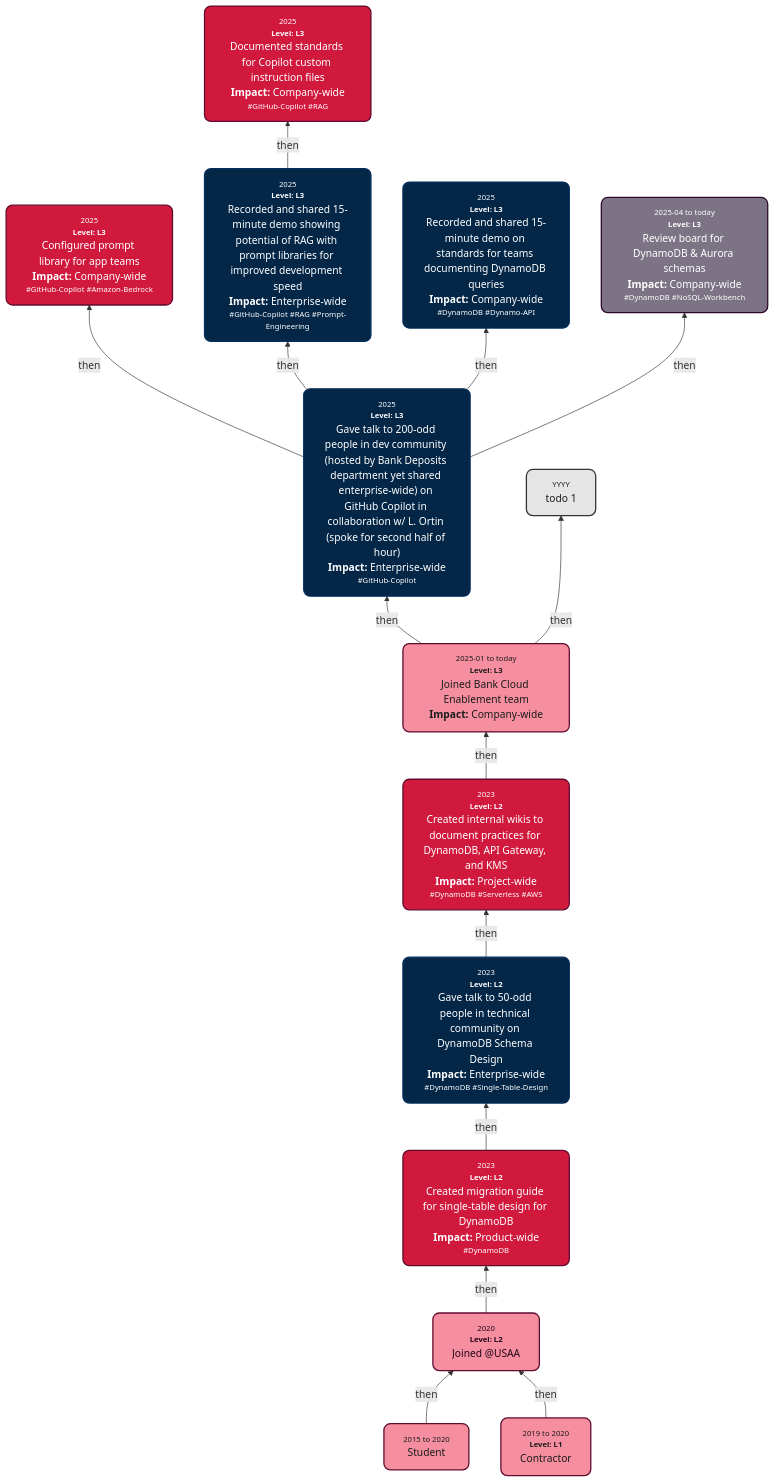
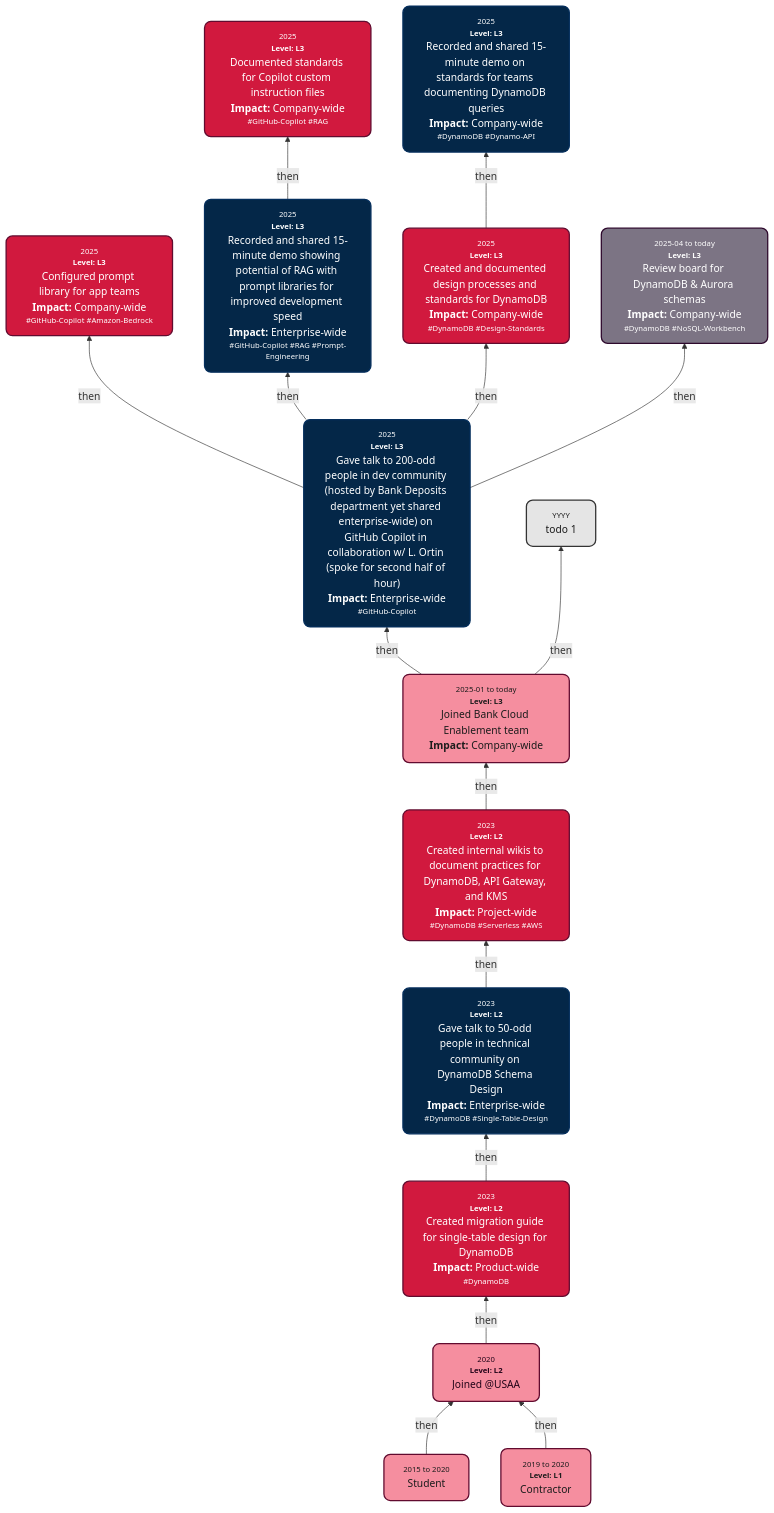
Before and after one commit to s-sepanski/portfolio: the diagram in README.md, drawn with Mermaid.

Commit message:
task: new node

````diff
--- a/README.md
+++ b/README.md
@@ -39,32 +39,34 @@
 ```mermaid
 graph BT
     PreStudentNode["<div style='font-size:75%;  color:#848484; text-align:center;'>2015 to 2020</div>Student"] -->|then| A["<div style='font-size:75%; color:#848484; text-align:center;'>2020</div><div style='font-size:75%; color:#848484; text-align:center;'><b>Level: L2</b><br/></div>Joined @USAA<br>"]
     ContractorNode["<div style='font-size:75%; color:#848484; text-align:center;'>2019 to 2020</div><div style='font-size:75%; color:#848484; text-align:center;'><b>Level: L1</b></div>Contractor"] -->|then| A
     A -->|then| Creation1["<div style='font-size:75%; color:#848484; text-align:center;'>2023</div><div style='font-size:75%; color:#848484; text-align:center;'><b>Level: L2</b><br/></div>Created migration guide for single-table design for DynamoDB<br/><b>Impact: </b>Product-wide<div style='font-size:75%; color:#848484; text-align:center;'>#DynamoDB<br/></div>"]
     Creation1 -->|then| Chat["<div style='font-size:75%; color:#848484; text-align:center;'>2023</div><div style='font-size:75%; color:#848484; text-align:center;'><b>Level: L2</b><br/></div>Gave talk to 50-odd people in technical community on DynamoDB Schema Design<br/><b>Impact: </b>Enterprise-wide<div style='font-size:75%; color:#848484; text-align:center;'>#DynamoDB #Single-Table-Design<br/></div>"]
     Chat -->|then| Creation2["<div style='font-size:75%; color:#848484; text-align:center;'>2023</div><div style='font-size:75%; color:#848484; text-align:center;'><b>Level: L2</b><br/></div>Created internal wikis to document practices for DynamoDB, API Gateway, and KMS<br/><b>Impact: </b>Project-wide<div style='font-size:75%; color:#848484; text-align:center;'>#DynamoDB #Serverless #AWS<br/></div>"]
     Creation2 -->|then| B["<div style='font-size:75%; color:#848484; text-align:center;'>2025-01 to today</div><div style='font-size:75%; color:#848484; text-align:center;'><b>Level: L3</b><br/></div>Joined Bank Cloud Enablement team<br/><b>Impact: </b>Company-wide"]
     B -->|then| C["<div style='font-size:75%; color:#848484; text-align:center;'>2025</div><div style='font-size:75%; color:#848484; text-align:center;'><b>Level: L3</b><br/></div>Gave talk to 200-odd people in dev community (hosted by Bank Deposits department yet shared enterprise-wide) on GitHub Copilot in collaboration w/ L. Ortin (spoke for second half of hour)<br/><b>Impact: </b>Enterprise-wide<div style='font-size:75%; color:#848484; text-align:center;'>#GitHub-Copilot<br/></div>"]
     C -->|then| CreationPromptLib["<div style='font-size:75%; color:#848484; text-align:center;'>2025</div><div style='font-size:75%; color:#848484; text-align:center;'><b>Level: L3</b><br/></div>Configured prompt library for app teams<br/><b>Impact: </b>Company-wide<div style='font-size:75%; color:#848484; text-align:center;'>#GitHub-Copilot #Amazon-Bedrock<br/></div>"]
     C -->|then| D["<div style='font-size:75%; color:#848484; text-align:center;'>2025</div><div style='font-size:75%; color:#848484; text-align:center;'><b>Level: L3</b><br/></div>Recorded and shared 15-minute demo showing potential of RAG with prompt libraries for improved development speed<br/><b>Impact: </b>Enterprise-wide<div style='font-size:75%; color:#848484; text-align:center;'>#GitHub-Copilot #RAG #Prompt-Engineering<br/></div>"]
-    C -->|then| Chat2["<div style='font-size:75%; color:#848484; text-align:center;'>2025</div><div style='font-size:75%; color:#848484; text-align:center;'><b>Level: L3</b><br/></div>Recorded and shared 15-minute demo on standards for teams documenting DynamoDB queries<br/><b>Impact: </b>Company-wide<div style='font-size:75%; color:#848484; text-align:center;'>#DynamoDB #Dynamo-API<br/></div>"]
+    C -->|then| CreationDesign["<div style='font-size:75%; color:#848484; text-align:center;'>2025</div><div style='font-size:75%; color:#848484; text-align:center;'><b>Level: L3</b><br/></div>Created and documented design processes and standards for DynamoDB<br/><b>Impact: </b>Company-wide<div style='font-size:75%; color:#848484; text-align:center;'>#DynamoDB #Design-Standards<br/></div>"]
+    CreationDesign -->|then| Chat2["<div style='font-size:75%; color:#848484; text-align:center;'>2025</div><div style='font-size:75%; color:#848484; text-align:center;'><b>Level: L3</b><br/></div>Recorded and shared 15-minute demo on standards for teams documenting DynamoDB queries<br/><b>Impact: </b>Company-wide<div style='font-size:75%; color:#848484; text-align:center;'>#DynamoDB #Dynamo-API<br/></div>"]
     B -->|then| E["<div style='font-size:75%; color:#848484; text-align:center;'>YYYY</div>todo 1"]
     C -->|then| F["<div style='font-size:75%; color:#848484; text-align:center;'>2025-04 to today</div><div style='font-size:75%; color:#848484; text-align:center;'><b>Level: L3</b><br/></div>Review board for DynamoDB & Aurora schemas<br/><b>Impact: </b>Company-wide<div style='font-size:75%; color:#848484; text-align:center;'>#DynamoDB #NoSQL-Workbench<br/></div>"]
     D -->|then| G["<div style='font-size:75%; color:#848484; text-align:center;'>2025</div><div style='font-size:75%; color:#848484; text-align:center;'><b>Level: L3</b><br/></div>Documented standards for Copilot custom instruction files<br/><b>Impact: </b>Company-wide<div style='font-size:75%; color:#848484; text-align:center;'>#GitHub-Copilot #RAG<br/></div>"]
     style PreStudentNode fill:#f58e9f,stroke:#610b2f,stroke-width:2px,color:#1c1c1c
     style ContractorNode fill:#f58e9f,stroke:#610b2f,stroke-width:2px,color:#1c1c1c
     style A fill:#f58e9f,stroke:#610b2f,stroke-width:2px,color:#230519
     style Creation1 fill:#d1193e,stroke:#610b2f,stroke-width:2px,color:#FFFFFF
     style Chat fill:#042748,stroke:#042e5c,stroke-width:2px,color:#FFFFFF
     style Creation2 fill:#d1193e,stroke:#610b2f,stroke-width:2px,color:#FFFFFF
     style B fill:#f58e9f,stroke:#610b2f,stroke-width:2px,color:#1c1c1c
     style C fill:#042748,stroke:#042e5c,stroke-width:2px,color:#FFFFFF
     style D fill:#042748,stroke:#042e5c,stroke-width:2px,color:#FFFFFF
     style E fill:#e5e5e5,stroke:#343434,stroke-width:2px,color:#1c1c1c
     style F fill:#7c7484,stroke:#2e092d,stroke-width:2px,color:#FFFFFF
     style G fill:#d1193e,stroke:#610b2f,stroke-width:2px,color:#FFFFFF
     style Chat2 fill:#042748,stroke:#042e5c,stroke-width:2px,color:#FFFFFF
     style CreationPromptLib fill:#d1193e,stroke:#610b2f,stroke-width:2px,color:#FFFFFF
+    style CreationDesign fill:#d1193e,stroke:#610b2f,stroke-width:2px,color:#FFFFFF
     classDef rounded stroke-width:2px,rx:10,ry:10;
-    class PreStudentNode,ContractorNode,A,Creation1,Chat,Creation2,B,C,D,E,F,G,Chat2,CreationPromptLib rounded;
+    class PreStudentNode,ContractorNode,A,Creation1,Chat,Creation2,B,C,D,E,F,G,Chat2,CreationPromptLib,CreationDesign rounded;
 ```
````
